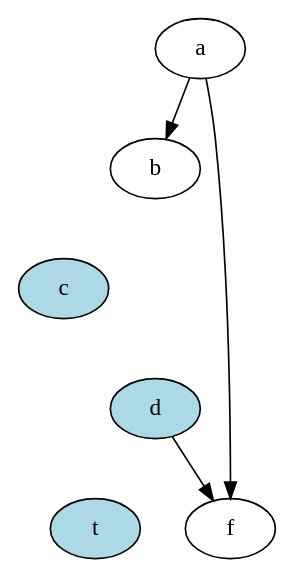
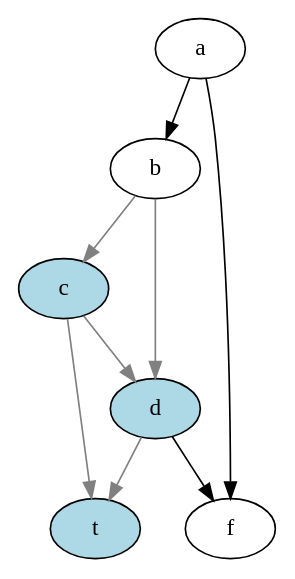
One commit to jokva/talks changed the diagram in theory-makes-beautiful-programs/fig13-6.dot. Above: the diagram before and after it, drawn with Graphviz. The commit also changed 6 other files, not shown here.

```diff
--- a/theory-makes-beautiful-programs/fig13-6.dot
+++ b/theory-makes-beautiful-programs/fig13-6.dot
@@ -1,14 +1,14 @@
 digraph {
     a -> b;
     a -> f;
-    b -> c [style = invis];
-    b -> d [style = invis];
-    c -> t [style = invis];
-    c -> d [style = invis];
-    d -> t [style = invis];
+    b -> c [color = gray];
+    b -> d [color = gray];
+    c -> t [color = gray];
+    c -> d [color = gray];
+    d -> t [color = gray];
     d -> f;
 
     c [style = filled, fillcolor = lightblue];
     d [style = filled, fillcolor = lightblue];
     t [style = filled, fillcolor = lightblue];
 }
```
